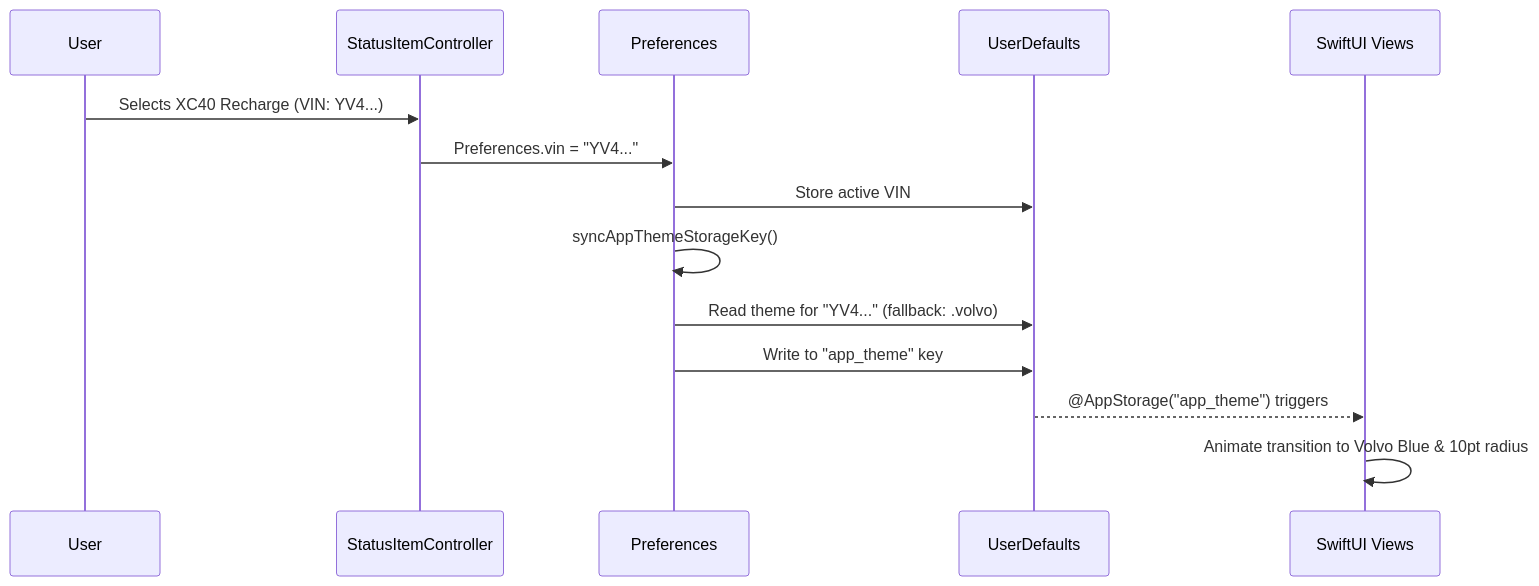
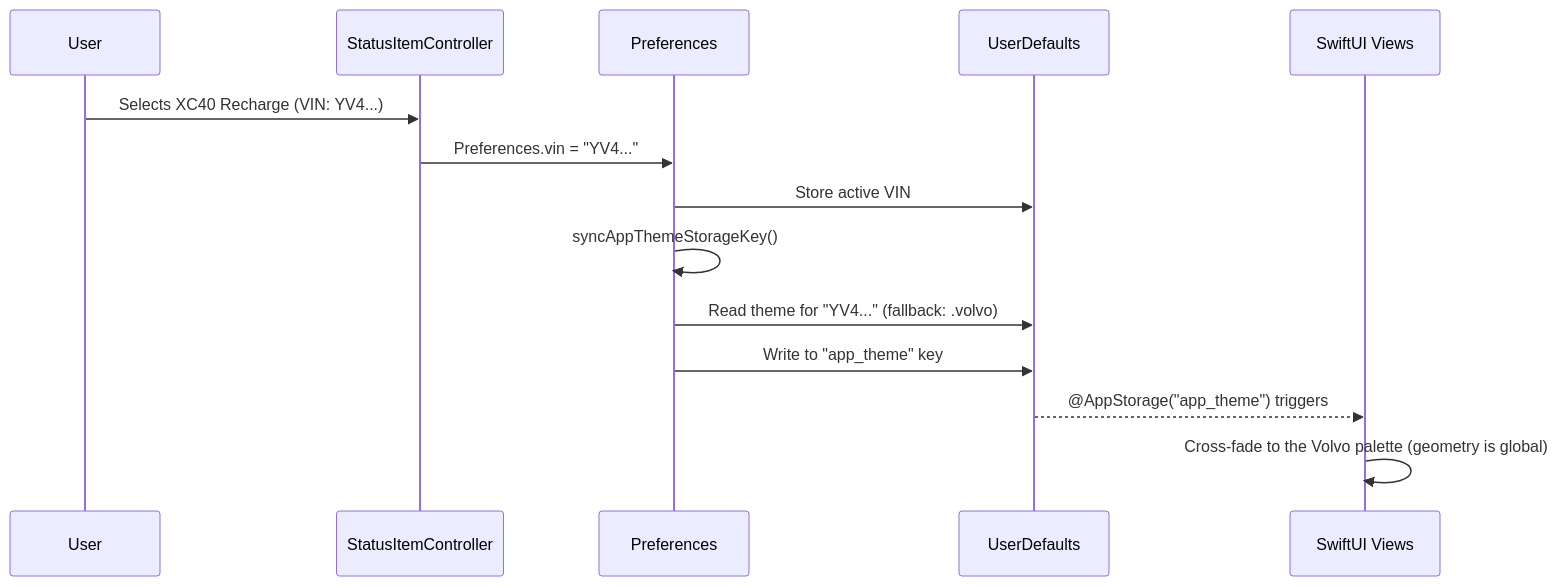
Before and after one commit to NicolasKheirallah/Hisingen: the second of 2 diagrams in docs/architecture/theme-and-caching-architecture.md, drawn with Mermaid. The commit also changed other lines of this file and 283 other files, not shown here.

````diff
--- a/docs/architecture/theme-and-caching-architecture.md
+++ b/docs/architecture/theme-and-caching-architecture.md
@@ -54,17 +58,17 @@
 ```mermaid
 sequenceDiagram
     participant User
     participant MenuBar as StatusItemController
     participant Prefs as Preferences
     participant Storage as UserDefaults
     participant UI as SwiftUI Views
 
     User->>MenuBar: Selects XC40 Recharge (VIN: YV4...)
     MenuBar->>Prefs: Preferences.vin = "YV4..."
     Prefs->>Storage: Store active VIN
     Prefs->>Prefs: syncAppThemeStorageKey()
     Prefs->>Storage: Read theme for "YV4..." (fallback: .volvo)
     Prefs->>Storage: Write to "app_theme" key
     Storage-->>UI: @AppStorage("app_theme") triggers
-    UI->>UI: Animate transition to Volvo Blue & 10pt radius
+    UI->>UI: Cross-fade to the Volvo palette (geometry is global)
 ```
````
